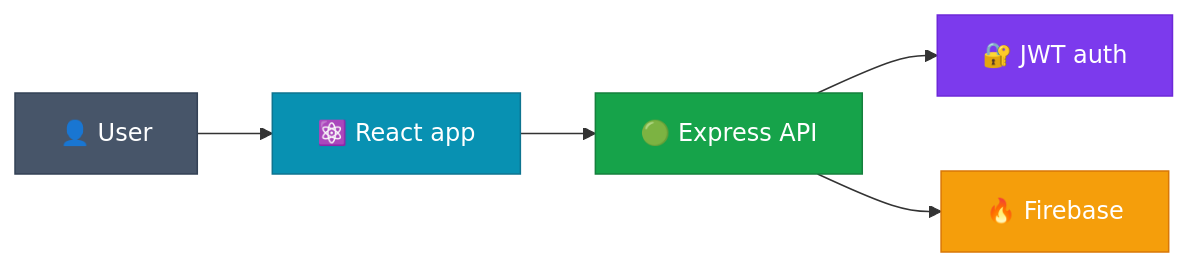
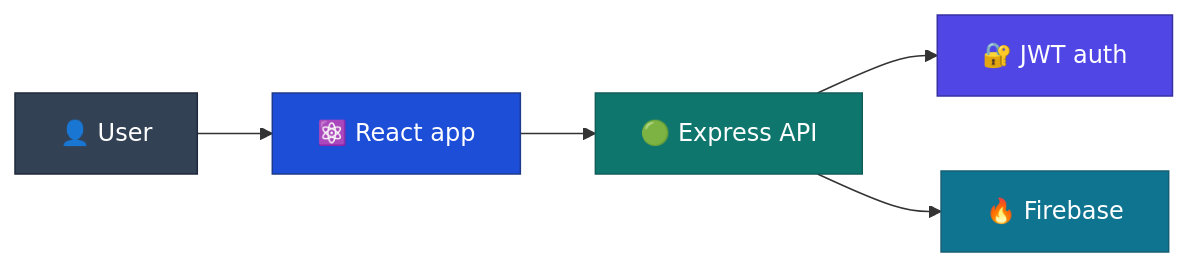
Before and after one commit to REUELM07/REUELM07: the second of 2 diagrams in README.md, drawn with Mermaid. The commit also changed other lines of this file, not shown here.

````diff
--- a/README.md
+++ b/README.md
@@ -102,13 +114,13 @@
 ```mermaid
 flowchart LR
     U["👤 User"] --> R["⚛️ React app"]
     R --> E["🟢 Express API"]
     E --> J["🔐 JWT auth"]
     E --> F["🔥 Firebase"]
 
-    style U fill:#475569,stroke:#334155,color:#ffffff
-    style R fill:#0891b2,stroke:#0e7490,color:#ffffff
-    style E fill:#16a34a,stroke:#15803d,color:#ffffff
-    style J fill:#7c3aed,stroke:#6d28d9,color:#ffffff
-    style F fill:#f59e0b,stroke:#d97706,color:#ffffff
+    style U fill:#334155,stroke:#1e293b,color:#ffffff
+    style R fill:#1d4ed8,stroke:#1e3a8a,color:#ffffff
+    style E fill:#0f766e,stroke:#115e59,color:#ffffff
+    style J fill:#4f46e5,stroke:#3730a3,color:#ffffff
+    style F fill:#0e7490,stroke:#155e75,color:#ffffff
 ```
````
